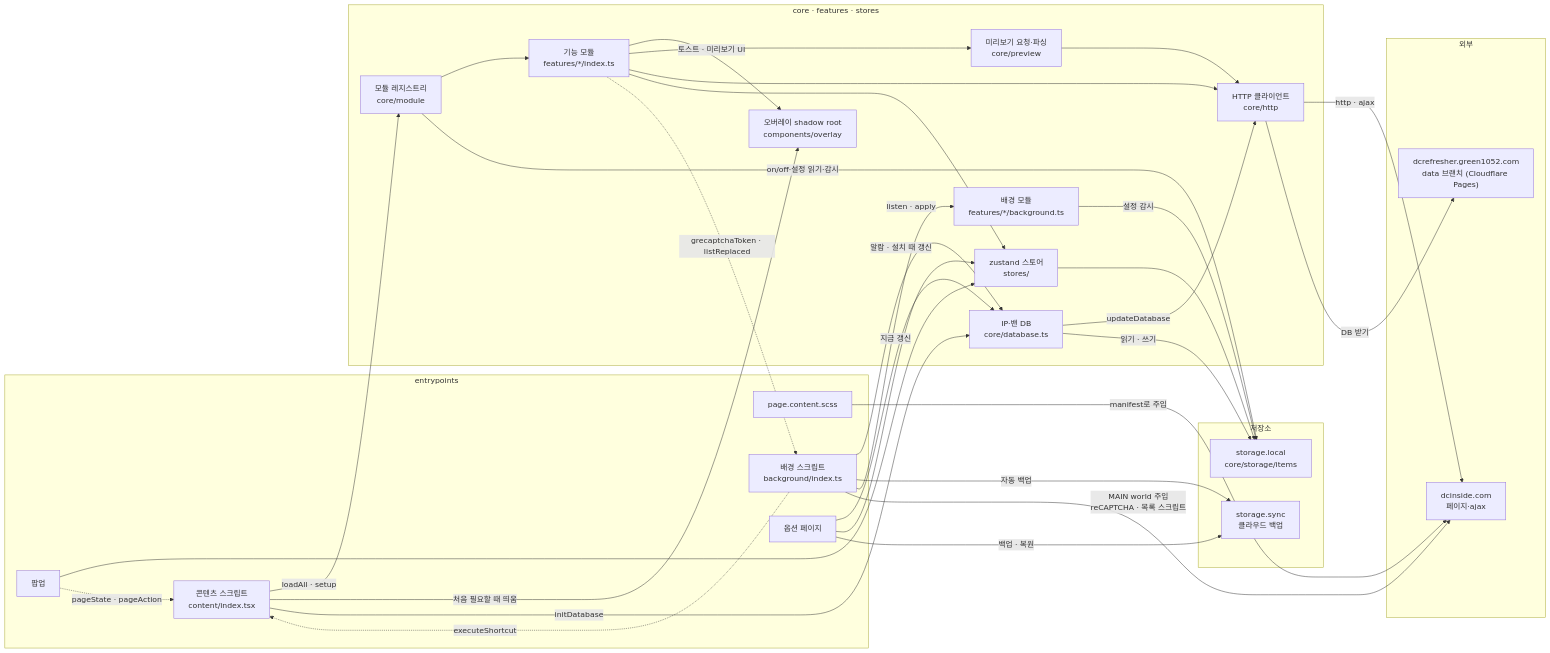
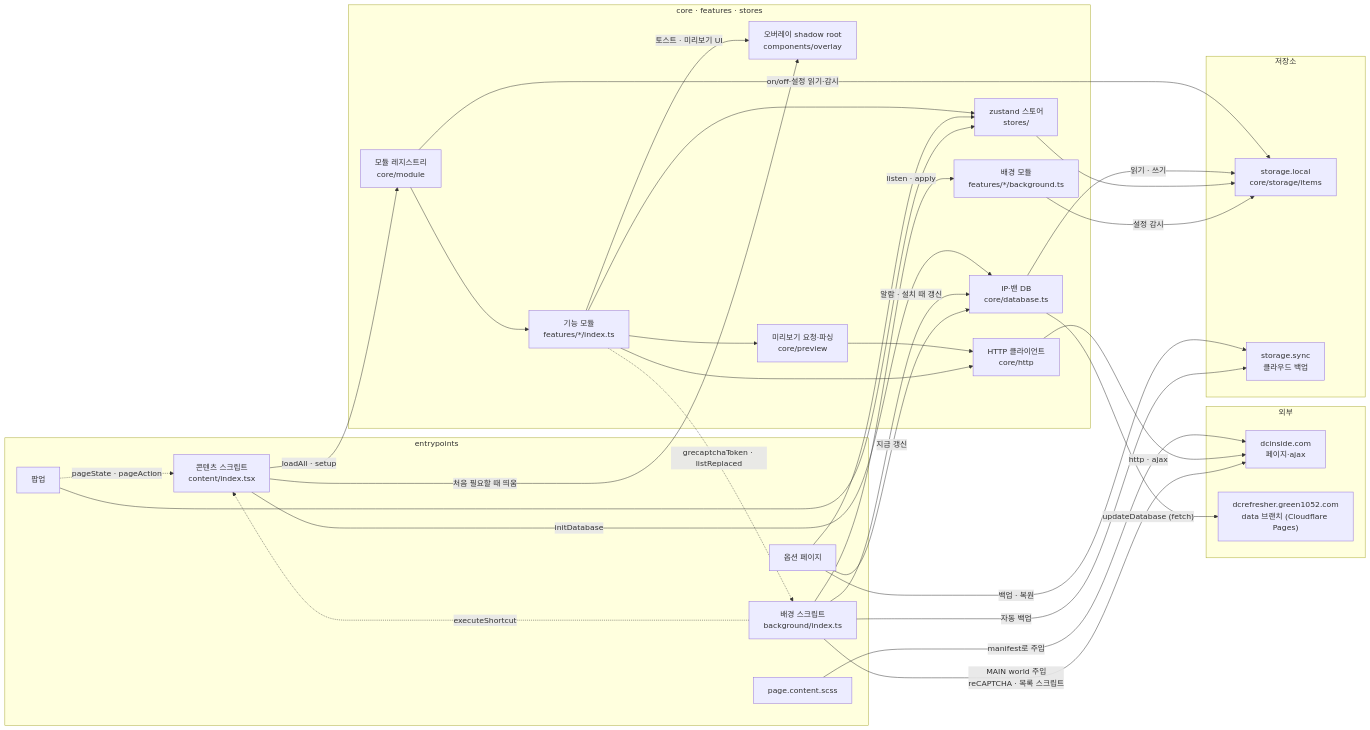
The first of 6 diagrams in docs/DEVELOPMENT.md (green1052/DCRefresher-Reborn), drawn with Mermaid before and after one commit. The commit also changed other lines of this file and 9 other files, not shown here.

````diff
--- a/docs/DEVELOPMENT.md
+++ b/docs/DEVELOPMENT.md
@@ -89,60 +88,59 @@
 ```mermaid
 flowchart LR
     subgraph EXT["외부"]
         DC["dcinside.com<br>페이지·ajax"]
         GH["dcrefresher.green1052.com<br>data 브랜치 (Cloudflare Pages)"]
     end
 
     subgraph ENTRY["entrypoints"]
         CS["콘텐츠 스크립트<br>content/index.tsx"]
         PCSS["page.content.scss"]
         BG["배경 스크립트<br>background/index.ts"]
         OPT["옵션 페이지"]
         POP["팝업"]
     end
 
     subgraph CORE["core · features · stores"]
         REG["모듈 레지스트리<br>core/module"]
         FEAT["기능 모듈<br>features/*/index.ts"]
         BGM["배경 모듈<br>features/*/background.ts"]
         OV["오버레이 shadow root<br>components/overlay"]
         PREV["미리보기 요청·파싱<br>core/preview"]
         HTTP["HTTP 클라이언트<br>core/http"]
         DB["IP·밴 DB<br>core/database.ts"]
         ST["zustand 스토어<br>stores/"]
     end
 
     subgraph STORE["저장소"]
         LOCAL["storage.local<br>core/storage/items"]
         SYNC["storage.sync<br>클라우드 백업"]
     end
 
     PCSS -->|"manifest로 주입"| DC
     CS -->|"loadAll · setup"| REG
     REG --> FEAT
     REG -->|"on/off·설정 읽기·감시"| LOCAL
     CS -->|"처음 필요할 때 띄움"| OV
     FEAT -->|"토스트 · 미리보기 UI"| OV
     FEAT --> PREV
     PREV --> HTTP
     FEAT --> HTTP
     HTTP -->|"http · ajax"| DC
-    HTTP -->|"DB 받기"| GH
     CS -->|"initDatabase"| DB
     BG -->|"알람 · 설치 때 갱신"| DB
     OPT -->|"지금 갱신"| DB
-    DB -->|"updateDatabase"| HTTP
+    DB -->|"updateDatabase (fetch)"| GH
     DB -->|"읽기 · 쓰기"| LOCAL
     FEAT --> ST
     OPT --> ST
     POP --> ST
     ST --> LOCAL
     OPT -->|"백업 · 복원"| SYNC
     BG -->|"자동 백업"| SYNC
     BG -->|"listen · apply"| BGM
     BGM -->|"설정 감시"| LOCAL
     BG -->|"MAIN world 주입<br>reCAPTCHA · 목록 스크립트"| DC
     BG -.->|"executeShortcut"| CS
     FEAT -.->|"grecaptchaToken · listReplaced"| BG
     POP -.->|"pageState · pageAction"| CS
 ```
````
